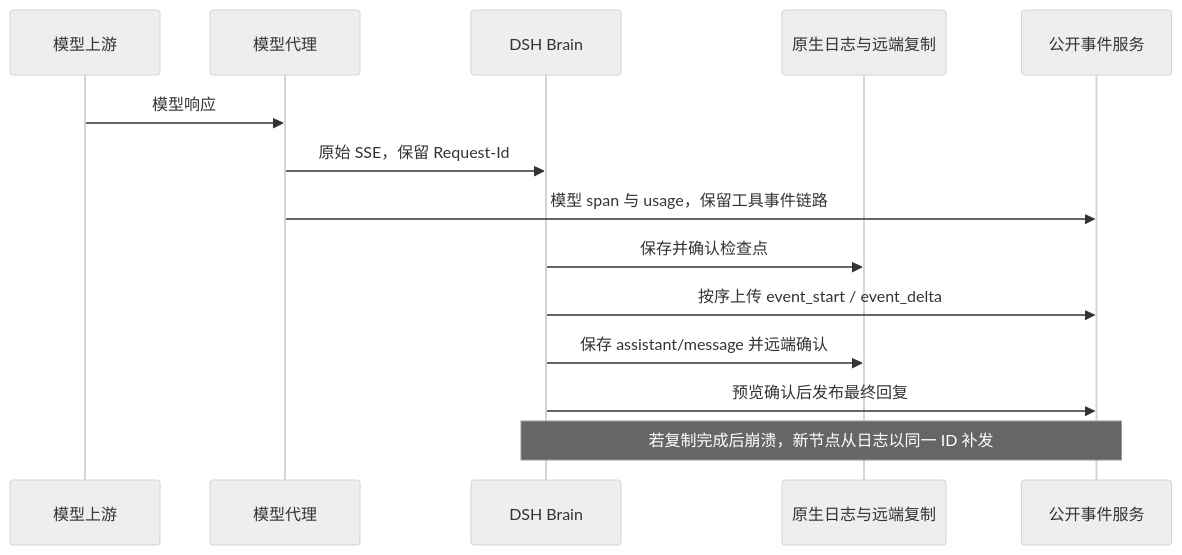
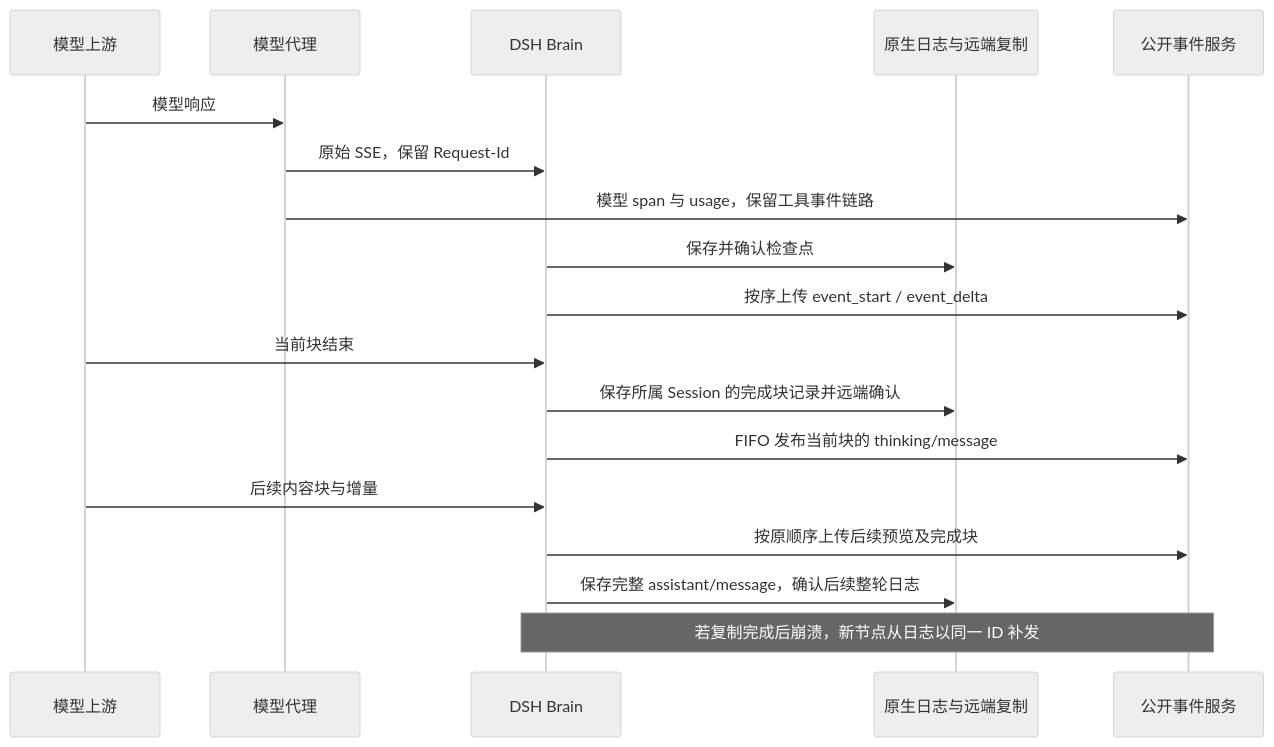
The eighth of 11 diagrams in docs/design/be/brain-runtime.md (superduck-ai/open-managed-agents), drawn with Mermaid (neutral theme) before and after one commit. The commit also changed other lines of this file and 17 other files, not shown here.

````diff
--- a/docs/design/be/brain-runtime.md
+++ b/docs/design/be/brain-runtime.md
@@ -306,16 +306,20 @@
 ```mermaid
 sequenceDiagram
     participant Upstream as 模型上游
     participant Proxy as 模型代理
     participant Brain as DSH Brain
     participant Log as 原生日志与远端复制
     participant Events as 公开事件服务
     Upstream->>Proxy: 模型响应
     Proxy->>Brain: 原始 SSE，保留 Request-Id
     Proxy->>Events: 模型 span 与 usage，保留工具事件链路
     Brain->>Log: 保存并确认检查点
     Brain->>Events: 按序上传 event_start / event_delta
-    Brain->>Log: 保存 assistant/message 并远端确认
-    Brain->>Events: 预览确认后发布最终回复
+    Upstream->>Brain: 当前块结束
+    Brain->>Log: 保存所属 Session 的完成块记录并远端确认
+    Brain->>Events: FIFO 发布当前块的 thinking/message
+    Upstream->>Brain: 后续内容块与增量
+    Brain->>Events: 按原顺序上传后续预览及完成块
+    Brain->>Log: 保存完整 assistant/message，确认后续整轮日志
     Note over Brain,Events: 若复制完成后崩溃，新节点从日志以同一 ID 补发
 ```
````
